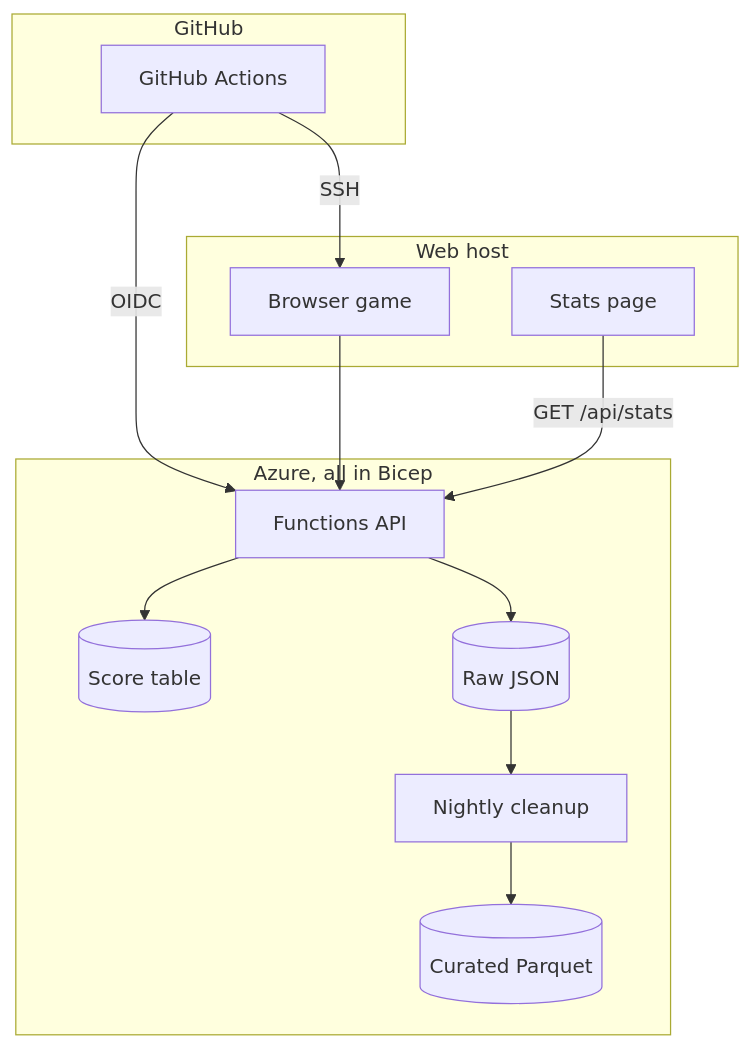
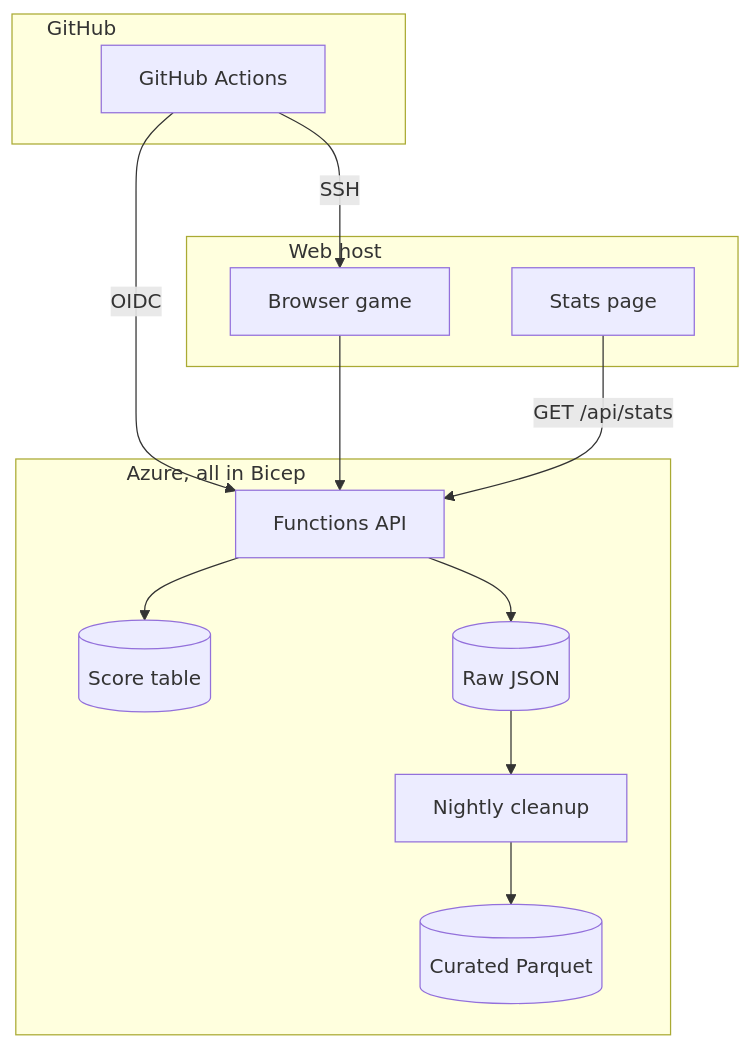
Before and after one commit to Gerlitek/zombiet-peli: the diagram in README.md, drawn with Mermaid.

Commit message:
Pad subgraph titles so they sit left of the incoming arrows

````diff
--- a/README.md
+++ b/README.md
@@ -14,20 +14,20 @@
 ```mermaid
 flowchart TD
-    subgraph GHE["GitHub"]
+    subgraph GHE["GitHub&nbsp;&nbsp;&nbsp;&nbsp;&nbsp;&nbsp;&nbsp;&nbsp;&nbsp;&nbsp;&nbsp;&nbsp;&nbsp;&nbsp;&nbsp;&nbsp;&nbsp;&nbsp;&nbsp;&nbsp;&nbsp;&nbsp;&nbsp;&nbsp;&nbsp;&nbsp;&nbsp;&nbsp;&nbsp;&nbsp;&nbsp;&nbsp;&nbsp;&nbsp;&nbsp;&nbsp;&nbsp;&nbsp;&nbsp;&nbsp;"]
         GH["GitHub Actions"]
     end
-    subgraph Web["Web host"]
+    subgraph Web["Web host&nbsp;&nbsp;&nbsp;&nbsp;&nbsp;&nbsp;&nbsp;&nbsp;&nbsp;&nbsp;&nbsp;&nbsp;&nbsp;&nbsp;&nbsp;&nbsp;&nbsp;&nbsp;&nbsp;&nbsp;&nbsp;&nbsp;&nbsp;&nbsp;&nbsp;&nbsp;&nbsp;&nbsp;&nbsp;&nbsp;&nbsp;&nbsp;&nbsp;&nbsp;&nbsp;&nbsp;&nbsp;&nbsp;&nbsp;&nbsp;"]
         Game["Browser game"]
         Dash["Stats page"]
     end
-    subgraph Azure["Azure, all in Bicep"]
+    subgraph Azure["Azure, all in Bicep&nbsp;&nbsp;&nbsp;&nbsp;&nbsp;&nbsp;&nbsp;&nbsp;&nbsp;&nbsp;&nbsp;&nbsp;&nbsp;&nbsp;&nbsp;&nbsp;&nbsp;&nbsp;&nbsp;&nbsp;&nbsp;&nbsp;&nbsp;&nbsp;&nbsp;&nbsp;&nbsp;&nbsp;&nbsp;&nbsp;&nbsp;&nbsp;&nbsp;&nbsp;&nbsp;&nbsp;&nbsp;&nbsp;&nbsp;&nbsp;"]
         API["Functions API"] --> Scores[("Score table")]
         API --> Raw[("Raw JSON")]
         Raw --> Night["Nightly cleanup"]
         Night --> Cur[("Curated Parquet")]
     end
     GH -->|"SSH"| Game
     GH -->|"OIDC"| API
     Game --> API
     Dash -->|"GET /api/stats"| API
 ```
````
